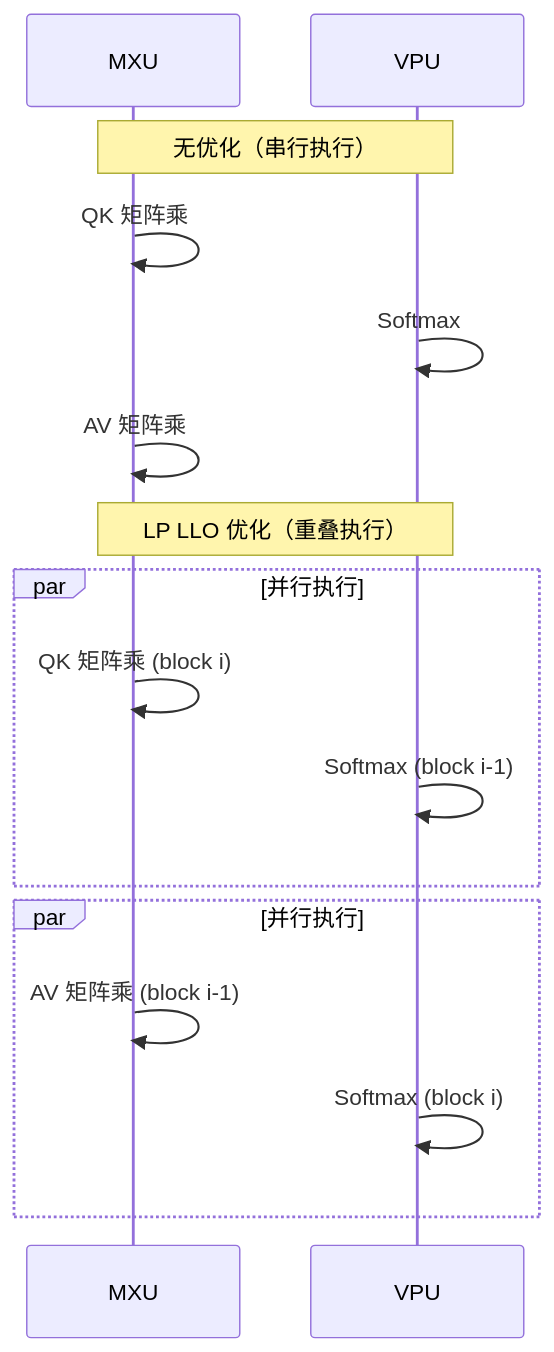
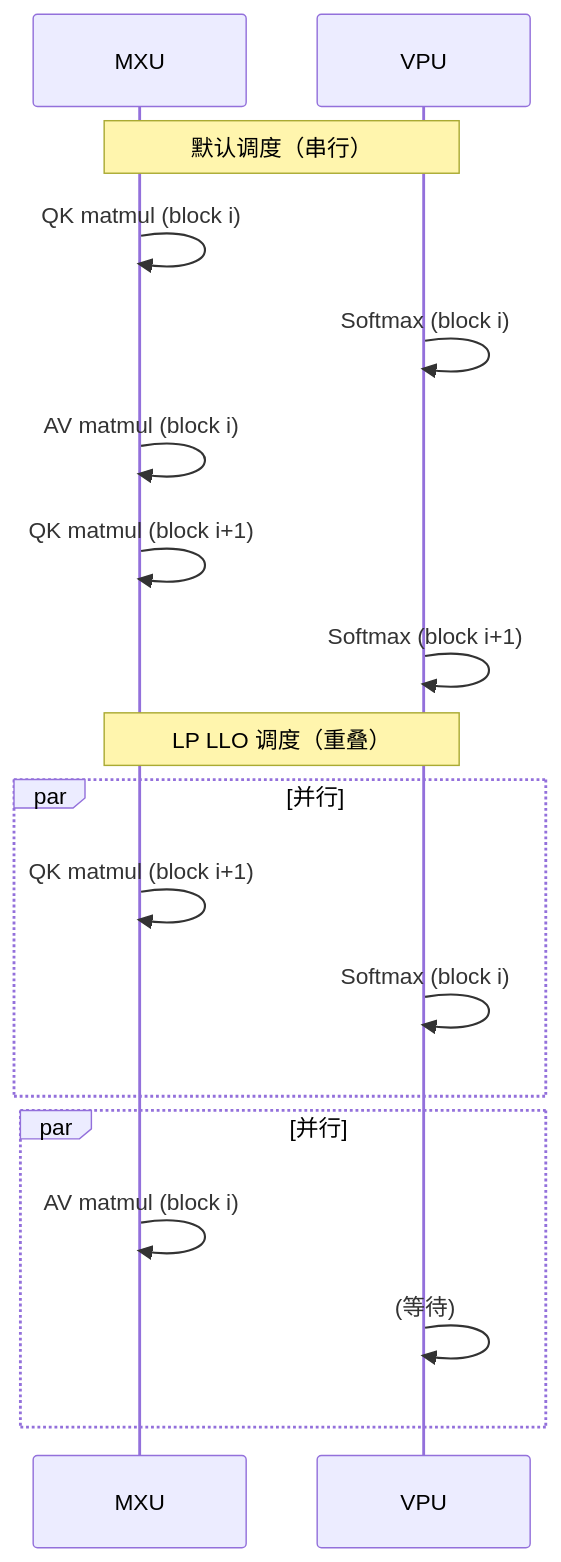
Before and after one commit to yangwhale/gpu-tpu-pedia: the ninth of 13 diagrams in tpu/Wan2.2/wan_tpu_optimization_guide.md, drawn with Mermaid. The commit also changed other lines of this file, not shown here.

````diff
--- a/tpu/Wan2.2/wan_tpu_optimization_guide.md
+++ b/tpu/Wan2.2/wan_tpu_optimization_guide.md
@@ -595,20 +1055,22 @@
 ```mermaid
 sequenceDiagram
     participant MXU
     participant VPU
     
-    Note over MXU,VPU: 无优化（串行执行）
-    MXU->>MXU: QK 矩阵乘
-    VPU->>VPU: Softmax
-    MXU->>MXU: AV 矩阵乘
+    Note over MXU,VPU: 默认调度（串行）
+    MXU->>MXU: QK matmul (block i)
+    VPU->>VPU: Softmax (block i)
+    MXU->>MXU: AV matmul (block i)
+    MXU->>MXU: QK matmul (block i+1)
+    VPU->>VPU: Softmax (block i+1)
     
-    Note over MXU,VPU: LP LLO 优化（重叠执行）
-    par 并行执行
-        MXU->>MXU: QK 矩阵乘 (block i)
-        VPU->>VPU: Softmax (block i-1)
-    end
-    par 并行执行
-        MXU->>MXU: AV 矩阵乘 (block i-1)
+    Note over MXU,VPU: LP LLO 调度（重叠）
+    par 并行
+        MXU->>MXU: QK matmul (block i+1)
         VPU->>VPU: Softmax (block i)
     end
+    par 并行
+        MXU->>MXU: AV matmul (block i)
+        VPU->>VPU: (等待)
+    end
 ```
````
